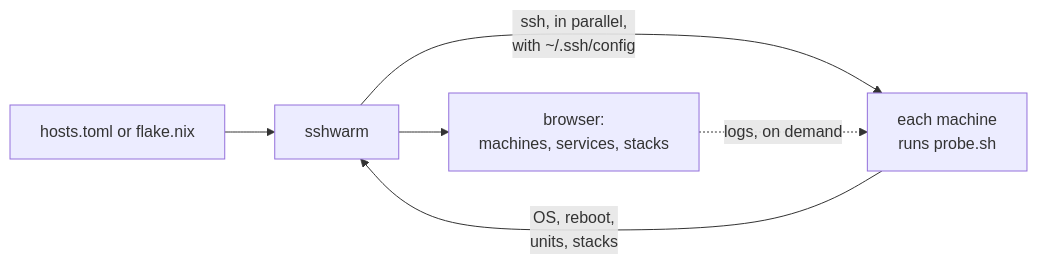
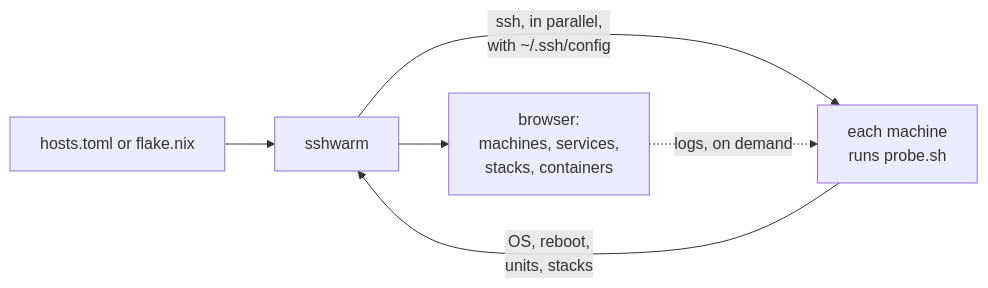
The diagram in README.md (cmdoret/sshwarm), drawn with Mermaid before and after one commit. The commit also changed other lines of this file and 15 other files, not shown here.

````diff
--- a/README.md
+++ b/README.md
@@ -64,8 +64,8 @@
 ```mermaid
 flowchart LR
     src["hosts.toml or flake.nix"] --> sw[sshwarm]
     sw -- "ssh, in parallel,<br>with ~/.ssh/config" --> m["each machine<br>runs probe.sh"]
     m -- "OS, reboot,<br>units, stacks" --> sw
-    sw --> ui["browser:<br>machines, services, stacks"]
+    sw --> ui["browser:<br>machines, services,<br>stacks, containers"]
     ui -. "logs, on demand" .-> m
 ```
````
